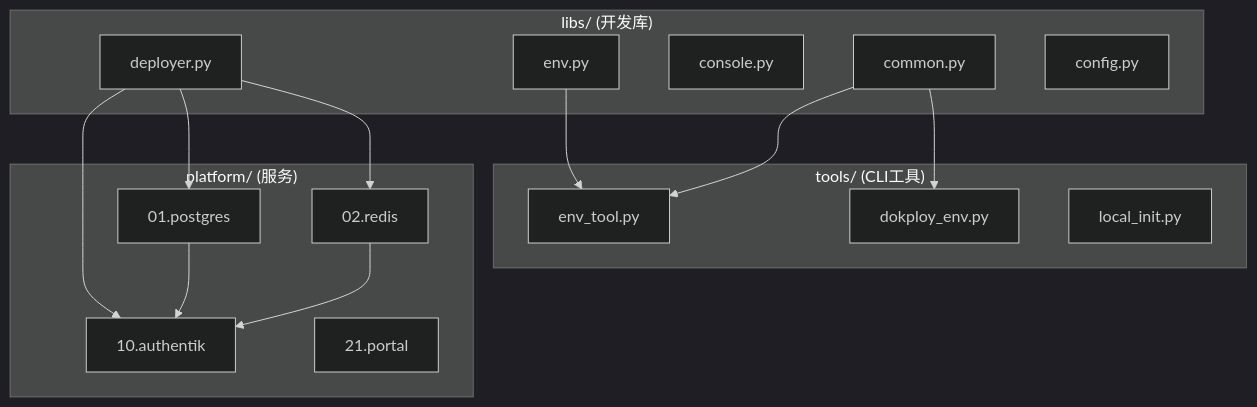
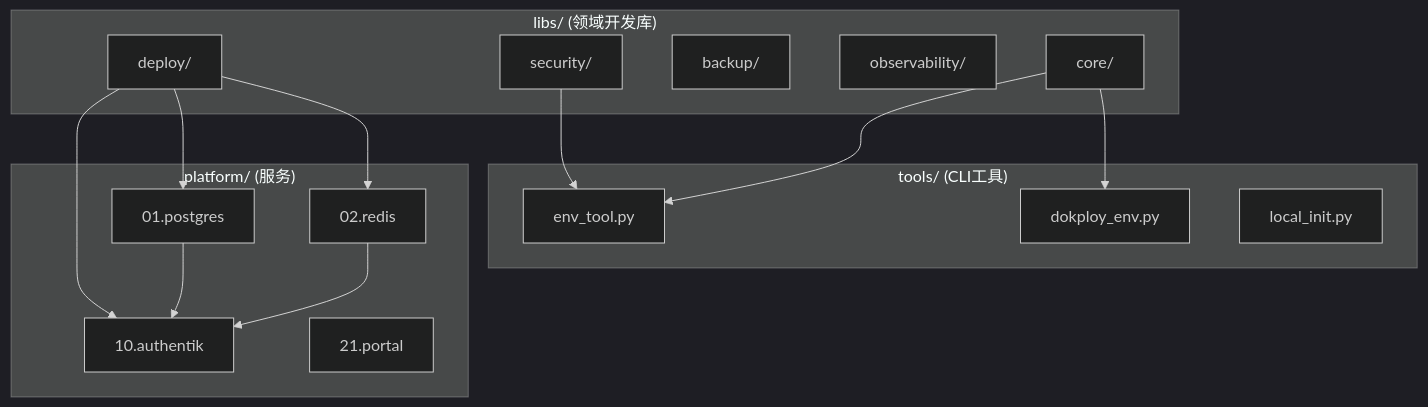
Before and after one commit to wangzitian0/infra2: the diagram in docs/ssot/platform.automation.md, drawn with Mermaid (dark theme). The commit also changed other lines of this file and 11 other files, not shown here.

````diff
--- a/docs/ssot/platform.automation.md
+++ b/docs/ssot/platform.automation.md
@@ -31,32 +31,32 @@
 ```mermaid
 flowchart TB
-    subgraph Libs["libs/ (开发库)"]
-        Env[env.py]
-        Common[common.py]
-        Console[console.py]
-        Deployer[deployer.py]
-        Config[config.py]
+    subgraph Libs["libs/ (领域开发库)"]
+        Core[core/]
+        Security[security/]
+        Backup[backup/]
+        Observability[observability/]
+        Deploy[deploy/]
     end
     
     subgraph Tools["tools/ (CLI工具)"]
         EnvTool[env_tool.py]
         DokployEnv[dokploy_env.py]
         LocalInit[local_init.py]
     end
     
     subgraph Platform["platform/ (服务)"]
         PG[01.postgres]
         RD[02.redis]
         AUTH[10.authentik]
         PORTAL[21.portal]
     end
     
-    Deployer --> PG
-    Deployer --> RD
-    Deployer --> AUTH
-    Env --> EnvTool
-    Common --> EnvTool
-    Common --> DokployEnv
+    Deploy --> PG
+    Deploy --> RD
+    Deploy --> AUTH
+    Security --> EnvTool
+    Core --> EnvTool
+    Core --> DokployEnv
     PG --> AUTH
     RD --> AUTH
 ```
````
